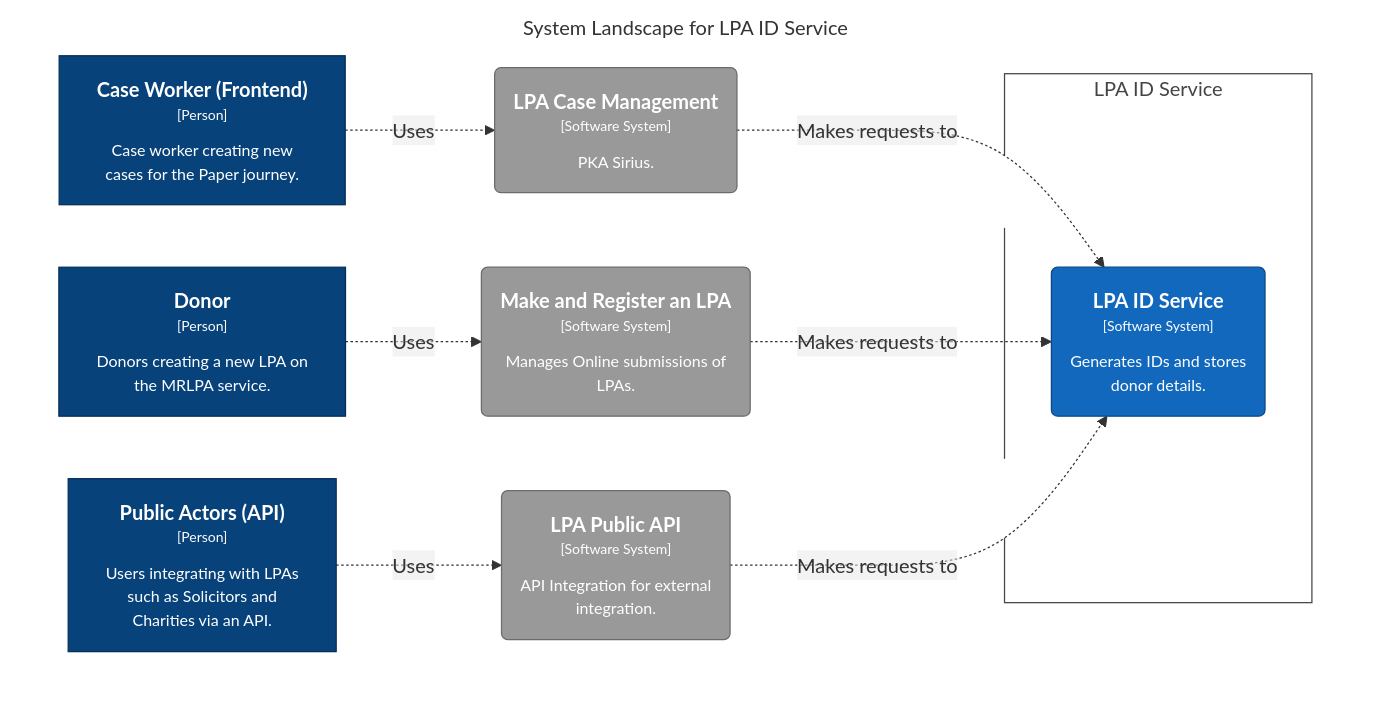
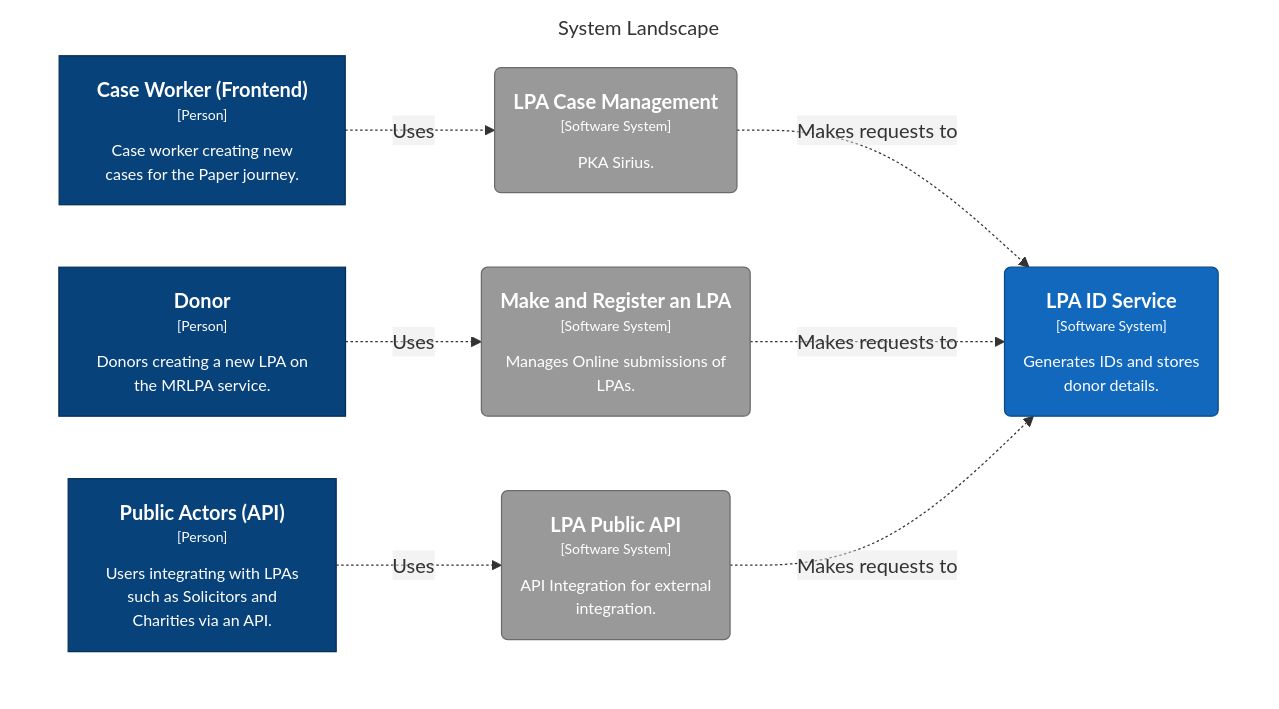
Before and after one commit to ministryofjustice/opg-data-lpa-uid: the diagram in docs/architecture/dsl/local/structurizr-1-SystemLandscape.mmd, drawn with Mermaid. The commit also changed 4 other files, not shown here.

Commit message:
Move lpaIDSoftwareSystem to own DSL

```diff
--- a/docs/architecture/dsl/local/structurizr-1-SystemLandscape.mmd
+++ b/docs/architecture/dsl/local/structurizr-1-SystemLandscape.mmd
@@ -1,33 +1,28 @@
 graph TB
   linkStyle default fill:#ffffff
 
-  subgraph diagram [System Landscape for LPA ID Service]
+  subgraph diagram [System Landscape]
     style diagram fill:#ffffff,stroke:#ffffff
-
-    subgraph enterprise [LPA ID Service]
-      style enterprise fill:#ffffff,stroke:#444444,color:#444444
-
-      7("<div style='font-weight: bold'>LPA ID Service</div><div style='font-size: 70%; margin-top: 0px'>[Software System]</div><div style='font-size: 80%; margin-top:10px'>Generates IDs and stores<br />donor details.</div>")
-      style 7 fill:#1168bd,stroke:#0b4884,color:#ffffff
-    end
 
     1["<div style='font-weight: bold'>Case Worker (Frontend)</div><div style='font-size: 70%; margin-top: 0px'>[Person]</div><div style='font-size: 80%; margin-top:10px'>Case worker creating new<br />cases for the Paper journey.</div>"]
     style 1 fill:#08427b,stroke:#052e56,color:#ffffff
     2["<div style='font-weight: bold'>Donor</div><div style='font-size: 70%; margin-top: 0px'>[Person]</div><div style='font-size: 80%; margin-top:10px'>Donors creating a new LPA on<br />the MRLPA service.</div>"]
     style 2 fill:#08427b,stroke:#052e56,color:#ffffff
     3["<div style='font-weight: bold'>Public Actors (API)</div><div style='font-size: 70%; margin-top: 0px'>[Person]</div><div style='font-size: 80%; margin-top:10px'>Users integrating with LPAs<br />such as Solicitors and<br />Charities via an API.</div>"]
     style 3 fill:#08427b,stroke:#052e56,color:#ffffff
     4("<div style='font-weight: bold'>LPA Case Management</div><div style='font-size: 70%; margin-top: 0px'>[Software System]</div><div style='font-size: 80%; margin-top:10px'>PKA Sirius.</div>")
     style 4 fill:#999999,stroke:#6b6b6b,color:#ffffff
     5("<div style='font-weight: bold'>Make and Register an LPA</div><div style='font-size: 70%; margin-top: 0px'>[Software System]</div><div style='font-size: 80%; margin-top:10px'>Manages Online submissions of<br />LPAs.</div>")
     style 5 fill:#999999,stroke:#6b6b6b,color:#ffffff
     6("<div style='font-weight: bold'>LPA Public API</div><div style='font-size: 70%; margin-top: 0px'>[Software System]</div><div style='font-size: 80%; margin-top:10px'>API Integration for external<br />integration.</div>")
     style 6 fill:#999999,stroke:#6b6b6b,color:#ffffff
+    7("<div style='font-weight: bold'>LPA ID Service</div><div style='font-size: 70%; margin-top: 0px'>[Software System]</div><div style='font-size: 80%; margin-top:10px'>Generates IDs and stores<br />donor details.</div>")
+    style 7 fill:#1168bd,stroke:#0b4884,color:#ffffff
 
     1-. "<div>Uses</div><div style='font-size: 70%'></div>" .->4
     2-. "<div>Uses</div><div style='font-size: 70%'></div>" .->5
     3-. "<div>Uses</div><div style='font-size: 70%'></div>" .->6
     4-. "<div>Makes requests to</div><div style='font-size: 70%'></div>" .->7
     5-. "<div>Makes requests to</div><div style='font-size: 70%'></div>" .->7
     6-. "<div>Makes requests to</div><div style='font-size: 70%'></div>" .->7
   end
```
